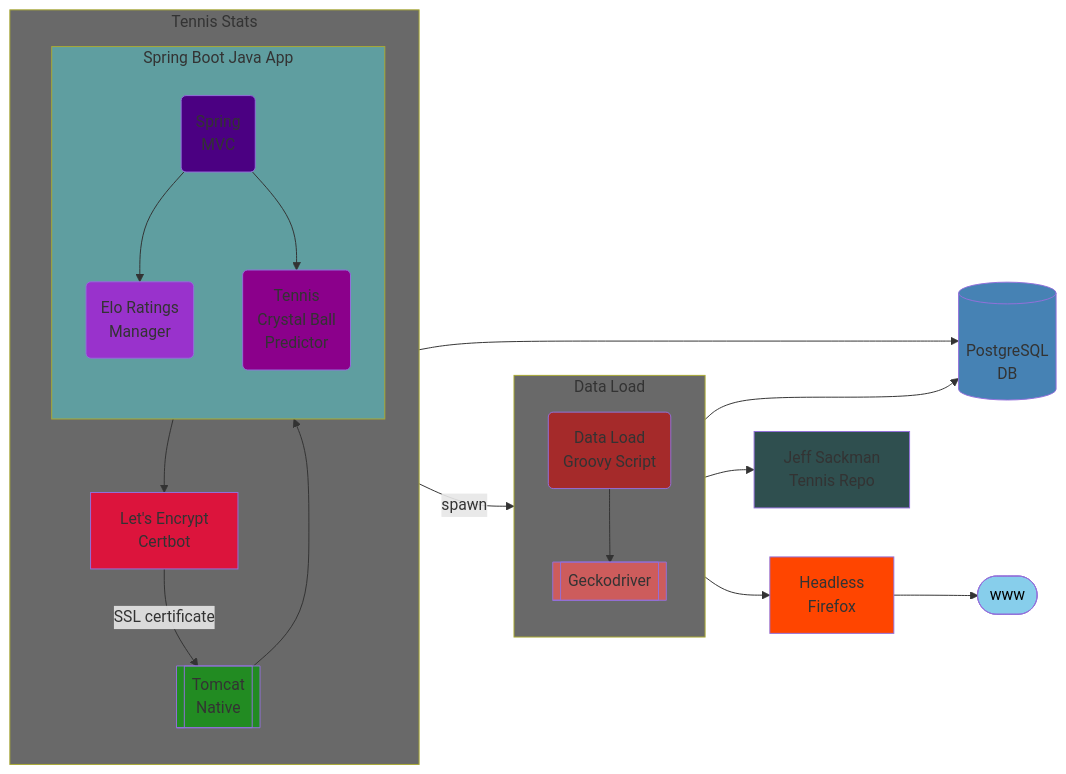
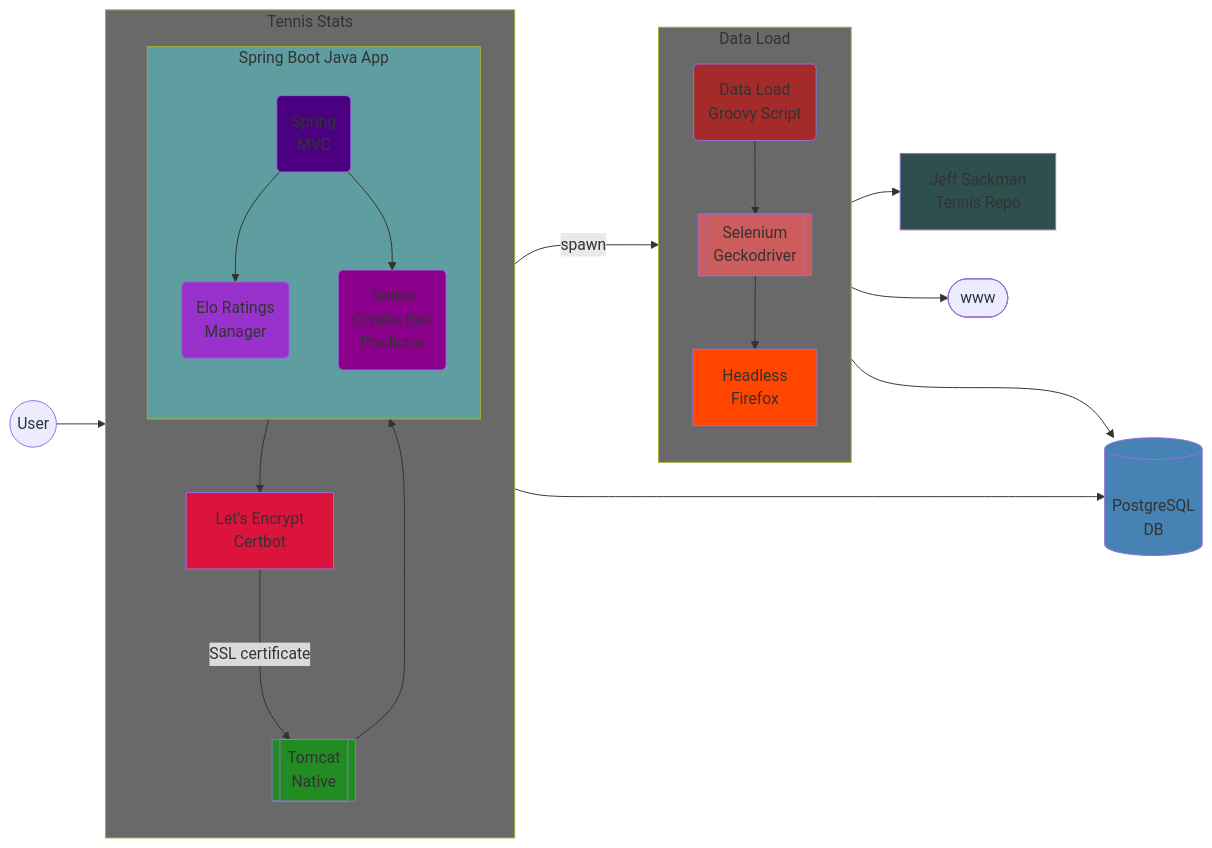
The diagram in README.md (mcekovic/tennis-crystal-ball), drawn with Mermaid before and after one commit.

````diff
--- a/README.md
+++ b/README.md
@@ -55,47 +55,46 @@
 ```mermaid
 flowchart LR
+  user((User)) --> tn
   subgraph uts[Tennis Stats]
     direction TB
     subgraph app[Spring Boot Java App]
       direction TB
       mvc(Spring<br>MVC) --> elo(Elo Ratings<br>Manager) & tcb(Tennis<br>Crystal Ball<br>Predictor)
     end
     tn[[Tomcat<br>Native]] --> mvc
-    app --> cb[Let's Encrypt<br>Certbot] -- SSL certificate --> tn
+    app --> cb[Let's Encrypt<br>Certbot] -- SSL certificate ---> tn
   end
-  
   subgraph dl[Data Load]
     direction TB
-    load(Data Load<br>Groovy Script) --> gd[[Geckodriver]]
+    load(Data Load<br>Groovy Script) --> gd[[Selenium<br>Geckodriver]] --> ff[Headless<br>Firefox]
   end
-  app -- spawn --> load
+  app -- spawn ---> load
   app & load ---> db[(<br>PostgreSQL<br>DB)]
   load --> repo[Jeff Sackman<br>Tennis Repo]
-  gd --> ff[Headless<br>Firefox] --> www([www])
+  ff --> www([www])
   
   style uts fill:DimGray
   style app fill:CadetBlue
   style mvc fill:Indigo
   style elo fill:DarkOrchid
   style tcb fill:DarkMagenta
   style tn fill:ForestGreen
   style cb fill:Crimson
   style dl fill:DimGray
   style load fill:Brown
   style gd fill:IndianRed
   style ff fill:OrangeRed
   style db fill:SteelBlue
   style repo fill:DarkSlateGray
-  style www fill:SkyBlue,color:Black
   
   click mvc href "https://github.com/mcekovic/tennis-crystal-ball/tree/master/tennis-stats/src/main/java/org/strangeforest/tcb/stats/controller" _blank
   click elo href "https://github.com/mcekovic/tennis-crystal-ball/tree/master/tennis-stats/src/main/java/org/strangeforest/tcb/stats/model/elo" _blank
   click tcb href "https://github.com/mcekovic/tennis-crystal-ball/tree/master/tennis-stats/src/main/java/org/strangeforest/tcb/stats/model/prediction" _blank
   click tn href "https://tomcat.apache.org/native-doc" _blank
   click cb href "https://certbot.eff.org" _blank
   click load href "https://groovy-lang.org" _blank
   click gd href "https://github.com/mozilla/geckodriver" _blank
   click ff href "https://www.mozilla.org/en-US/firefox" _blank
   click db href "https://www.postgresql.org" _blank
   click repo href "https://github.com/JeffSackmann/tennis_atp" _blank
 ```
````
